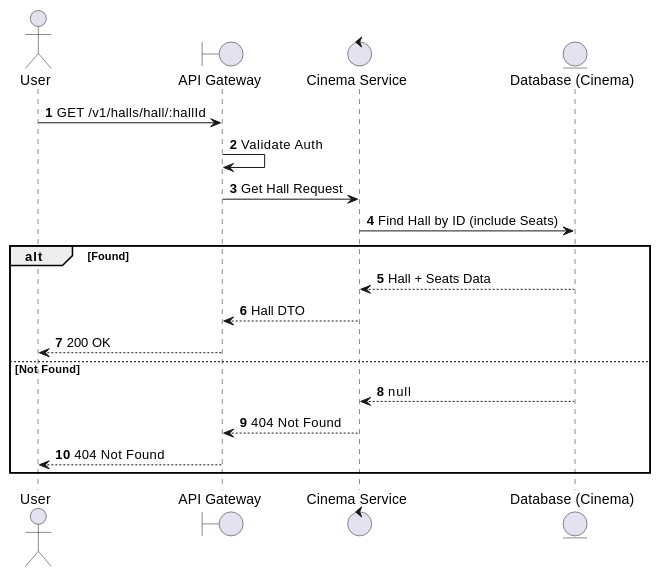
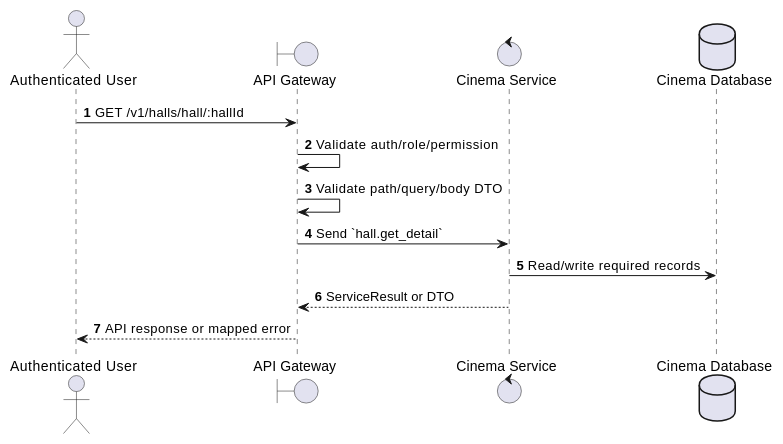
Before and after one commit to Tanh1603/movie-hub-architecture: the first of 2 diagrams in docs/functional_specs/3.2.2_Hall_Management/HM-01_Get_Hall_by_ID.md, drawn with PlantUML. The commit also changed other lines of this file and 126 other files, not shown here.

````diff
--- a/docs/functional_specs/3.2.2_Hall_Management/HM-01_Get_Hall_by_ID.md
+++ b/docs/functional_specs/3.2.2_Hall_Management/HM-01_Get_Hall_by_ID.md
@@ -17,23 +17,17 @@
 ```plantuml
 @startuml
 autonumber
-actor User
+actor "Authenticated User" as Actor
 boundary "API Gateway" as GW
-control "Cinema Service" as CS
-entity "Database (Cinema)" as DB
+control "Cinema Service" as SVC
+database "Cinema Database" as DB
 
-User -> GW: GET /v1/halls/hall/:hallId
-GW -> GW: Validate Auth
-GW -> CS: Get Hall Request
-CS -> DB: Find Hall by ID (include Seats)
-alt Found
-    DB --> CS: Hall + Seats Data
-    CS --> GW: Hall DTO
-    GW --> User: 200 OK
-else Not Found
-    DB --> CS: null
-    CS --> GW: 404 Not Found
-    GW --> User: 404 Not Found
-end
+Actor -> GW: GET /v1/halls/hall/:hallId
+GW -> GW: Validate auth/role/permission
+GW -> GW: Validate path/query/body DTO
+GW -> SVC: Send `hall.get_detail`
+SVC -> DB: Read/write required records
+SVC --> GW: ServiceResult or DTO
+GW --> Actor: API response or mapped error
 @enduml
 ```
````
